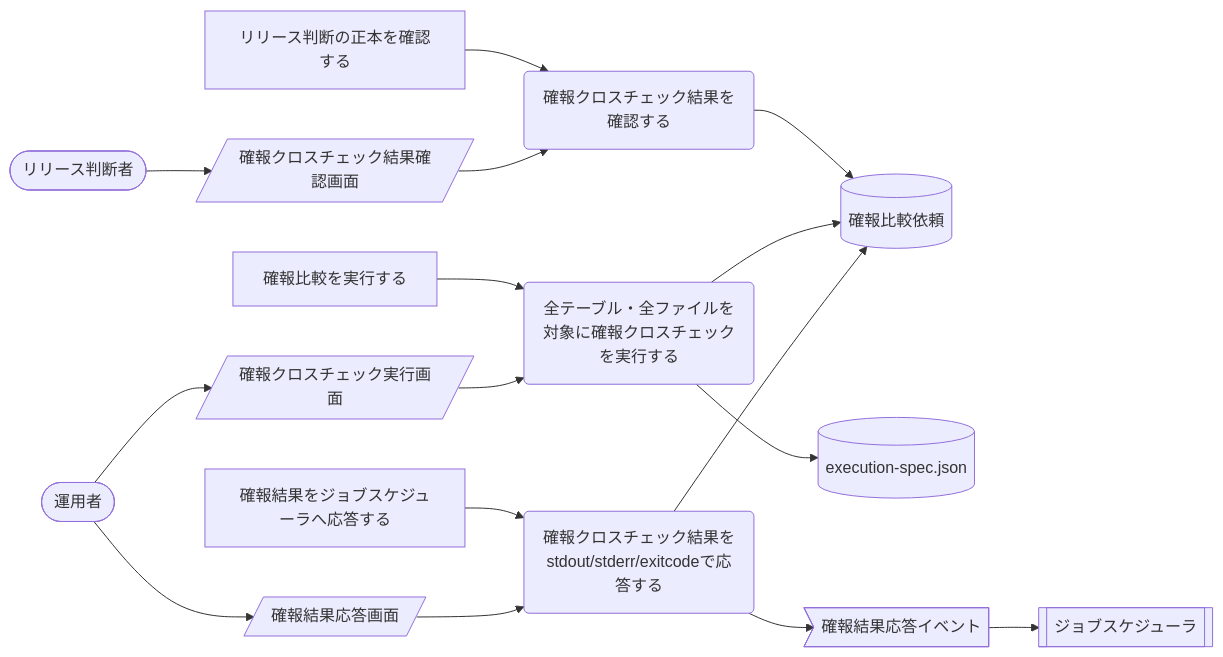
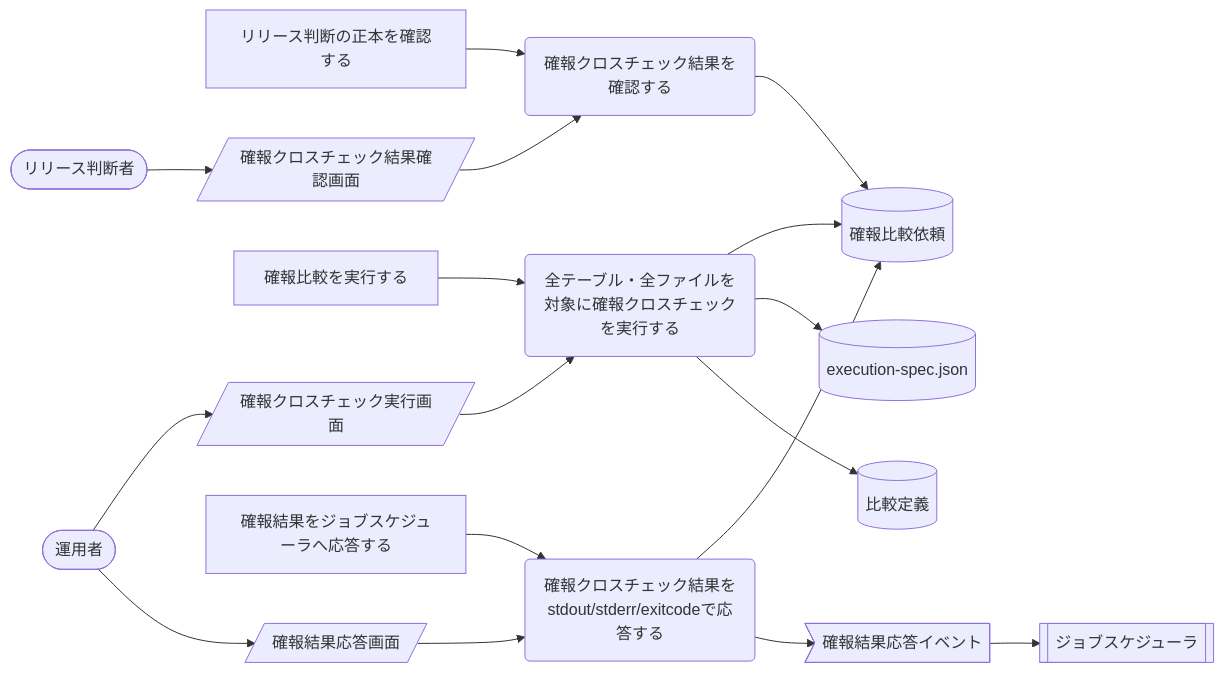
Before and after one commit to suwa-sh/relay-gate: the third of 9 diagrams in docs/rdra/latest/views/04_UC複合図.md, drawn with Mermaid. The commit also changed other lines of this file and 972 other files, not shown here.

````diff
--- a/docs/rdra/latest/views/04_UC複合図.md
+++ b/docs/rdra/latest/views/04_UC複合図.md
@@ -134,33 +141,35 @@
 ```mermaid
 graph LR
   UC1("確報クロスチェック結果を確認する")
   AT1["リリース判断の正本を確認する"]
   IF1[("確報比較依頼")]
   SC1[/"確報クロスチェック結果確認画面"/]
   AC1(["リリース判断者"])
   UC2("全テーブル・全ファイルを対象に確報クロスチェックを実行する")
   AT2["確報比較を実行する"]
   IF2[("execution-spec.json")]
   SC2[/"確報クロスチェック実行画面"/]
   AC2(["運用者"])
   UC3("確報クロスチェック結果をstdout/stderr/exitcodeで応答する")
   AT3["確報結果をジョブスケジューラへ応答する"]
   SC3[/"確報結果応答画面"/]
   EV1>"確報結果応答イベント"]
   EX1[["ジョブスケジューラ"]]
+  IF3[("比較定義")]
   AT1 --> UC1
   UC1 --> IF1
   AC1 --> SC1
   SC1 --> UC1
   AT2 --> UC2
   UC2 --> IF1
   UC2 --> IF2
   AC2 --> SC2
   SC2 --> UC2
   AT3 --> UC3
   UC3 --> IF1
   AC2 --> SC3
   SC3 --> UC3
   UC3 --> EV1
   EV1 --> EX1
+  UC2 --> IF3
 ```
````
